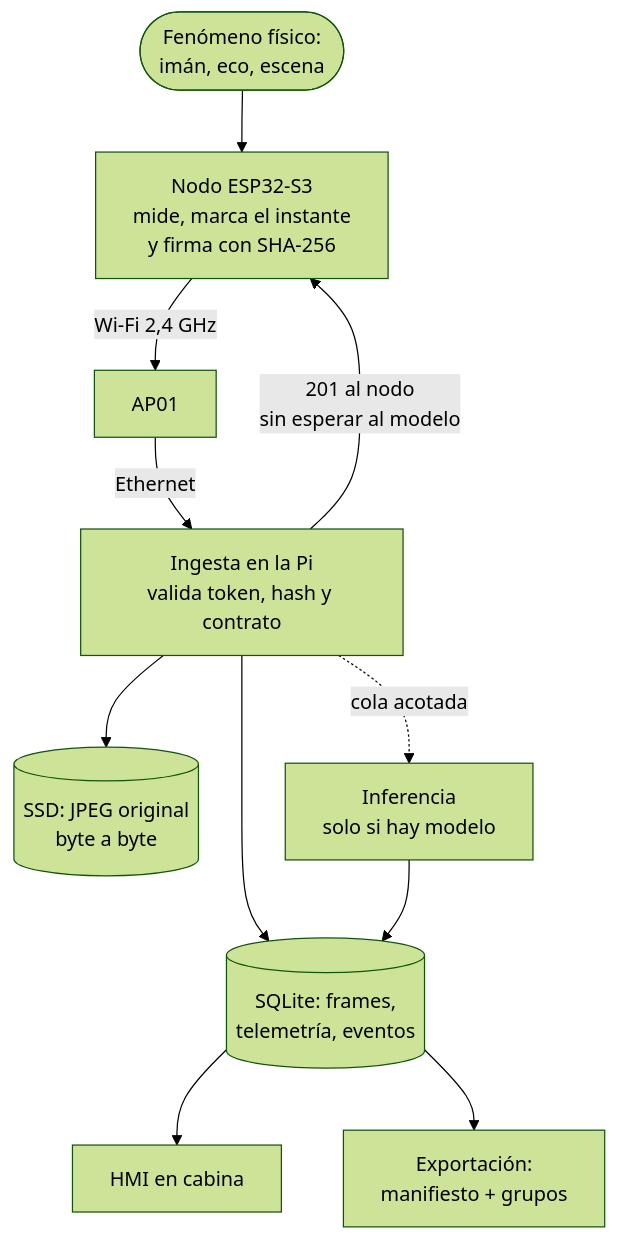
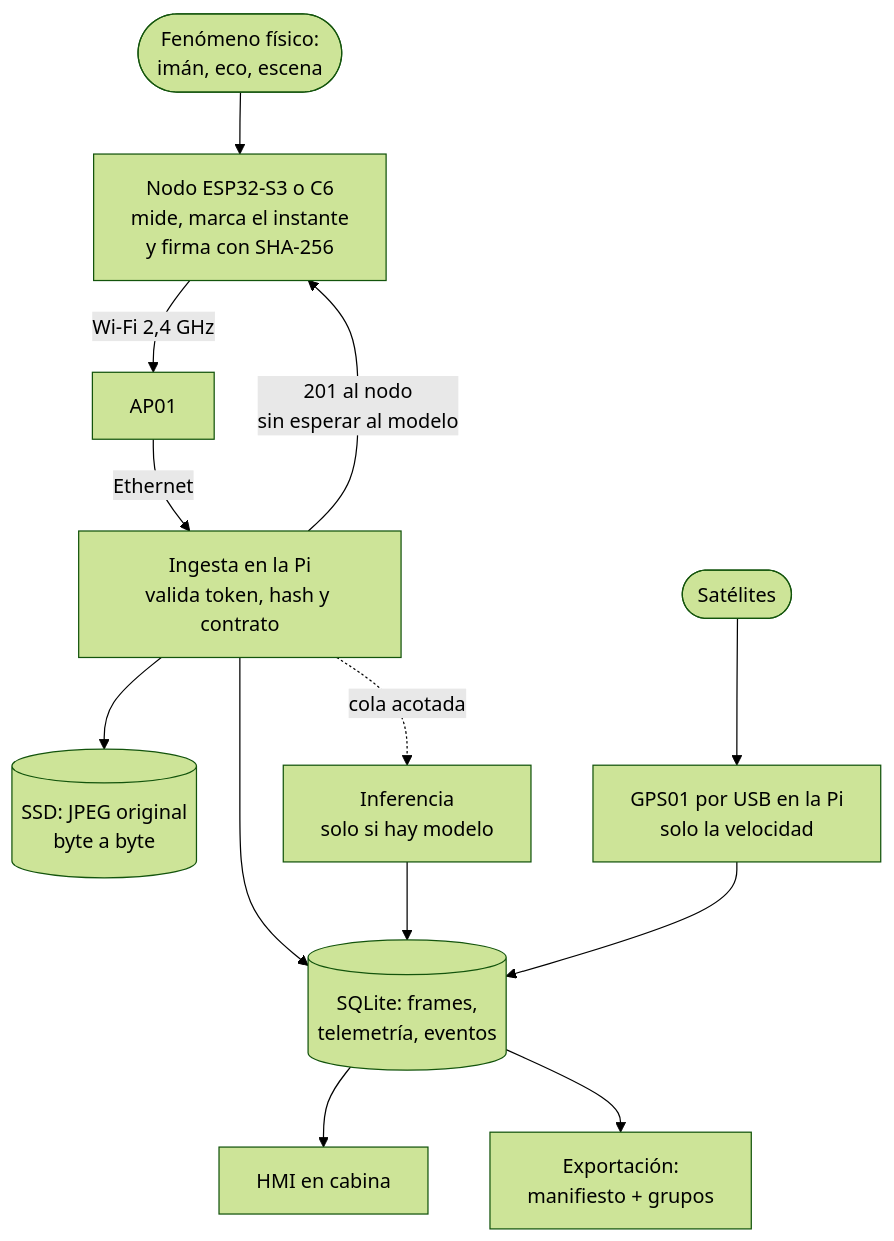
The diagram in docs/diagramas/03-cadena-datos.mmd (Camilo1408/config-ricevi), drawn with Mermaid (forest theme) before and after one commit. The commit also changed 49 other files, not shown here.

First line of the commit message:
Velocidad por GPS, siete nodos y documentacion v1.3 con el concurso

```diff
--- a/docs/diagramas/03-cadena-datos.mmd
+++ b/docs/diagramas/03-cadena-datos.mmd
@@ -1,11 +1,13 @@
 flowchart TD
-  S(["Fenómeno físico:<br/>imán, eco, escena"]) --> N["Nodo ESP32-S3<br/>mide, marca el instante<br/>y firma con SHA-256"]
+  S(["Fenómeno físico:<br/>imán, eco, escena"]) --> N["Nodo ESP32-S3 o C6<br/>mide, marca el instante<br/>y firma con SHA-256"]
   N -->|"Wi-Fi 2,4 GHz"| AP["AP01"]
   AP -->|"Ethernet"| I["Ingesta en la Pi<br/>valida token, hash y contrato"]
   I --> D[("SSD: JPEG original<br/>byte a byte")]
   I --> BD[("SQLite: frames,<br/>telemetría, eventos")]
+  G(["Satélites"]) --> GPS["GPS01 por USB en la Pi<br/>solo la velocidad"]
+  GPS --> BD
   I -->|"201 al nodo<br/>sin esperar al modelo"| N
   I -.->|"cola acotada"| M["Inferencia<br/>solo si hay modelo"]
   M --> BD
   BD --> H["HMI en cabina"]
   BD --> EX["Exportación:<br/>manifiesto + grupos"]
```
